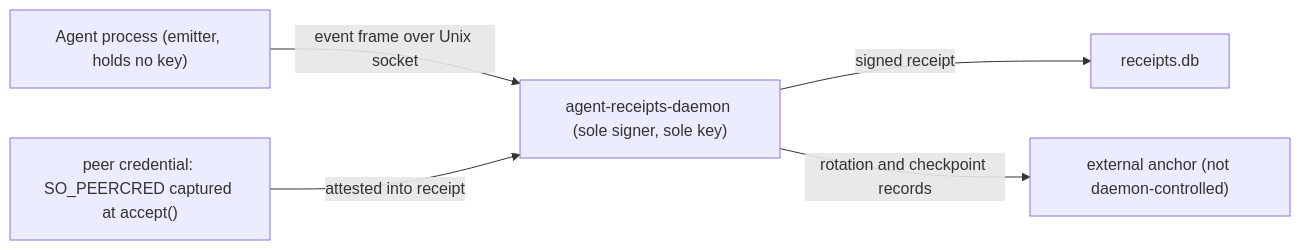
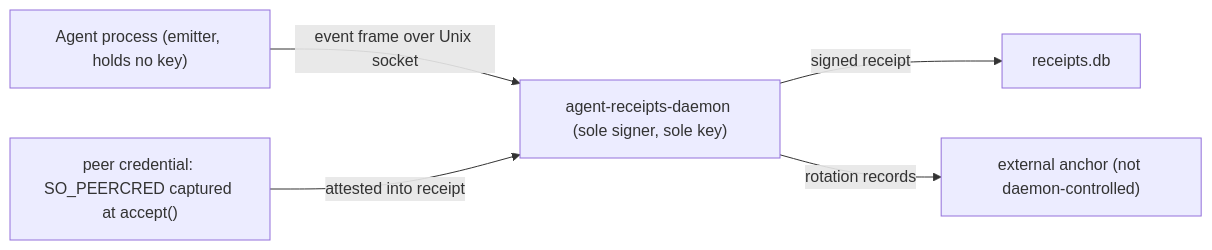
The diagram in site/src/content/docs/specification/trust-model.mdx (agent-receipts/ar), drawn with Mermaid before and after one commit. The commit also changed other lines of this file, not shown here.

First line of the commit message:
docs(site): fix emitter delivery semantics and anchor diagram in trust-model

````diff
--- a/site/src/content/docs/specification/trust-model.mdx
+++ b/site/src/content/docs/specification/trust-model.mdx
@@ -65,7 +68,7 @@
 ```mermaid
 flowchart LR
   A["Agent process (emitter, holds no key)"] -->|event frame over Unix socket| D["agent-receipts-daemon (sole signer, sole key)"]
   P["peer credential: SO_PEERCRED captured at accept()"] -->|attested into receipt| D
   D -->|signed receipt| S["receipts.db"]
-  D -->|rotation and checkpoint records| K["external anchor (not daemon-controlled)"]
+  D -->|rotation records| K["external anchor (not daemon-controlled)"]
 ```
````
